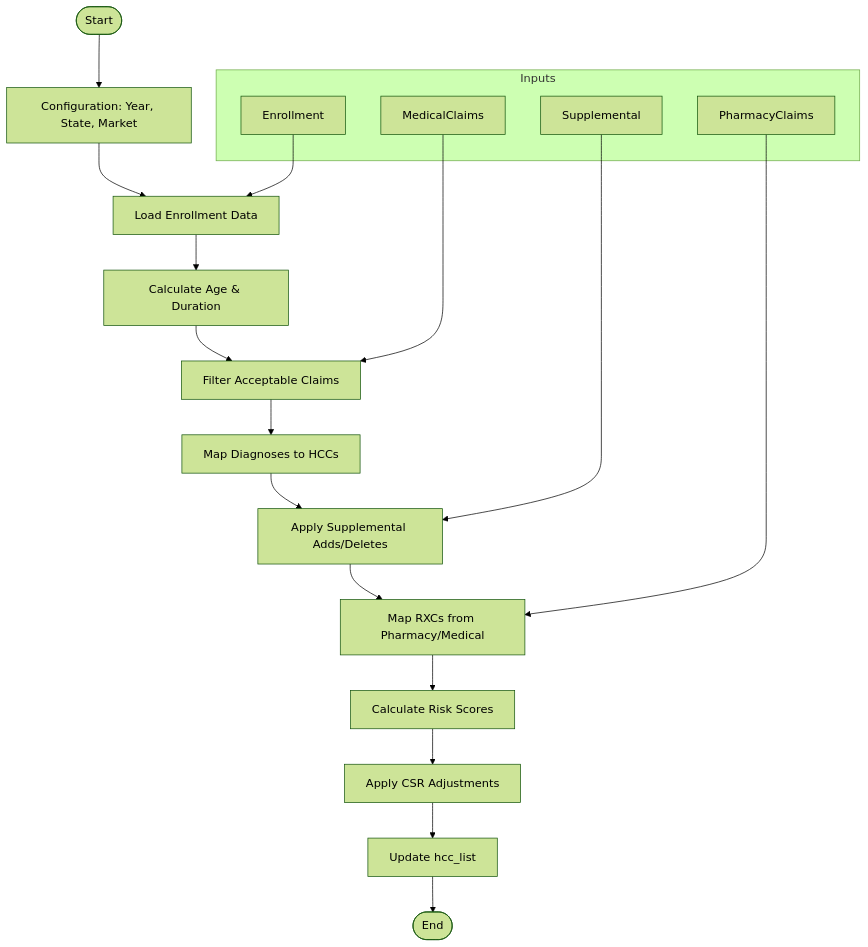
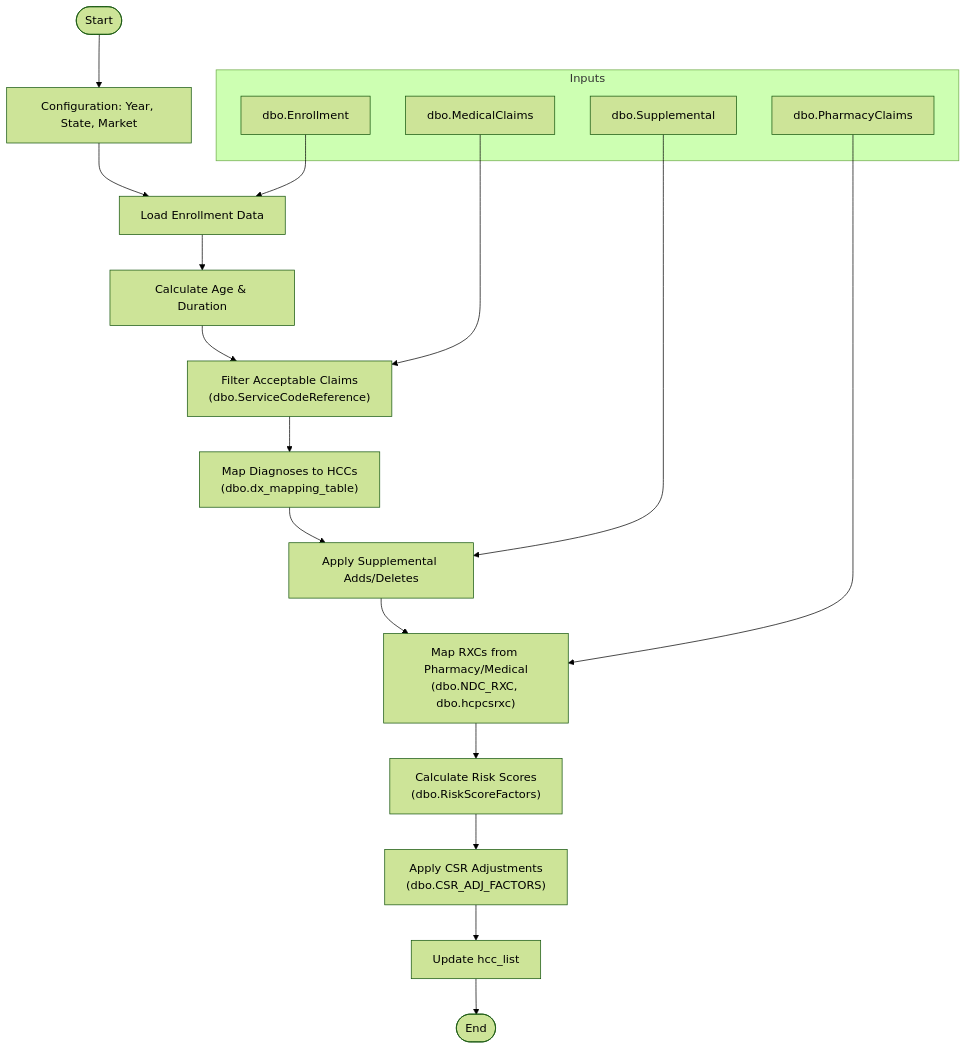
Before and after one commit to garthmortensen/HHS_HCC_SQL_container: the first of 5 diagrams in README.md, drawn with Mermaid (forest theme). The commit also changed other lines of this file, not shown here.

Commit message:
docs(decomp): outline basic idea of how to apply decomposition to risk adjustment

````diff
--- a/README.md
+++ b/README.md
@@ -98,26 +99,26 @@
 ```mermaid
 flowchart TD
     Start([Start]) --> Config[Configuration: Year, State, Market]
     Config --> Enr[Load Enrollment Data]
     Enr --> EnrCalc[Calculate Age & Duration]
-    EnrCalc --> Claims[Filter Acceptable Claims]
-    Claims --> DxMap[Map Diagnoses to HCCs]
+    EnrCalc --> Claims["Filter Acceptable Claims<br/>(dbo.ServiceCodeReference)"]
+    Claims --> DxMap["Map Diagnoses to HCCs<br/>(dbo.dx_mapping_table)"]
     DxMap --> Supp[Apply Supplemental Adds/Deletes]
-    Supp --> RXC[Map RXCs from Pharmacy/Medical]
-    RXC --> Score[Calculate Risk Scores]
-    Score --> CSR[Apply CSR Adjustments]
+    Supp --> RXC["Map RXCs from Pharmacy/Medical<br/>(dbo.NDC_RXC, dbo.hcpcsrxc)"]
+    RXC --> Score["Calculate Risk Scores<br/>(dbo.RiskScoreFactors)"]
+    Score --> CSR["Apply CSR Adjustments<br/>(dbo.CSR_ADJ_FACTORS)"]
     CSR --> Update[Update hcc_list]
     Update --> End([End])
 
     subgraph Inputs
-    E[Enrollment]
-    M[MedicalClaims]
-    P[PharmacyClaims]
-    S[Supplemental]
+    E[dbo.Enrollment]
+    M[dbo.MedicalClaims]
+    P[dbo.PharmacyClaims]
+    S[dbo.Supplemental]
     end
 
     E --> Enr
     M --> Claims
     P --> RXC
     S --> Supp
 ```
````
